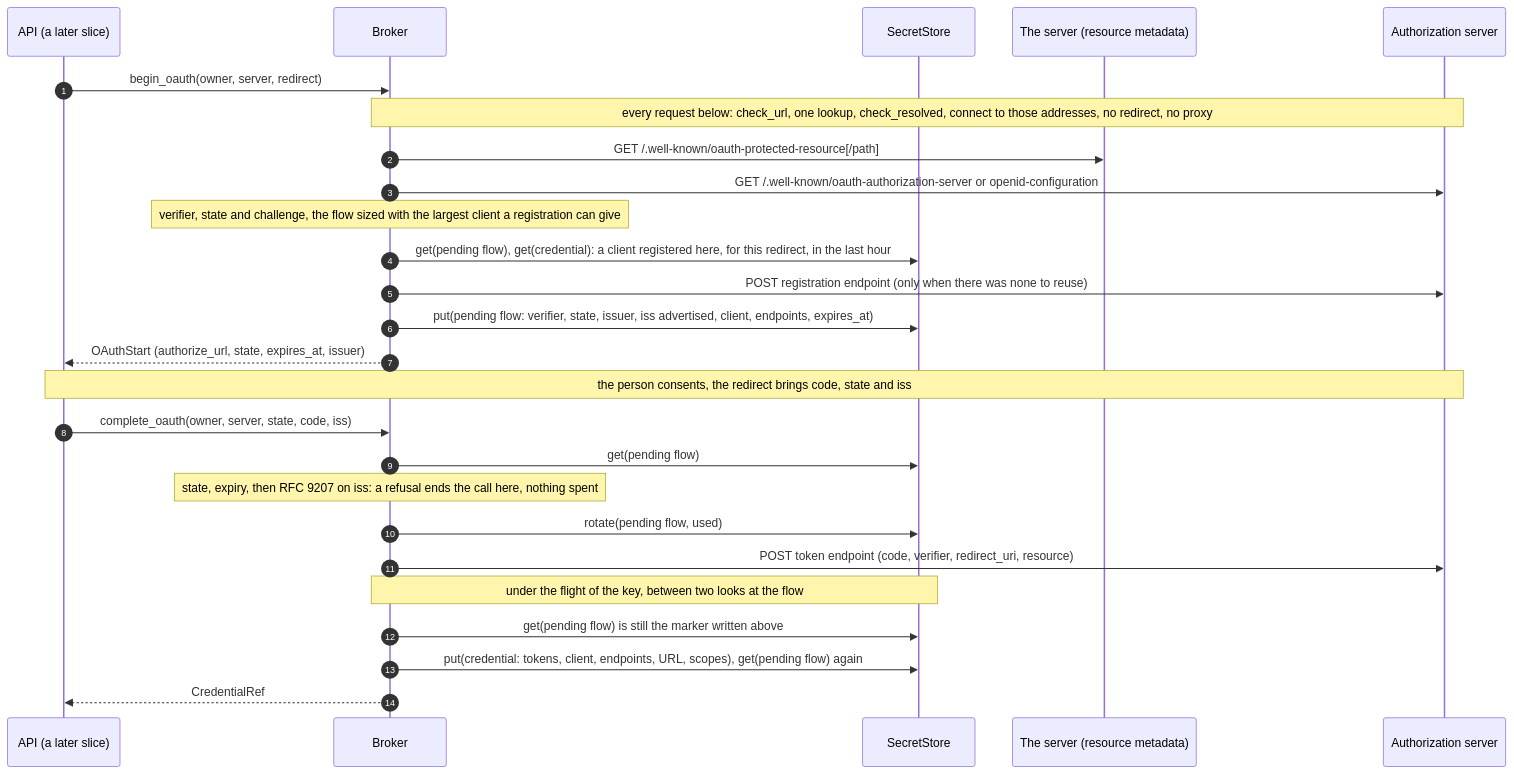
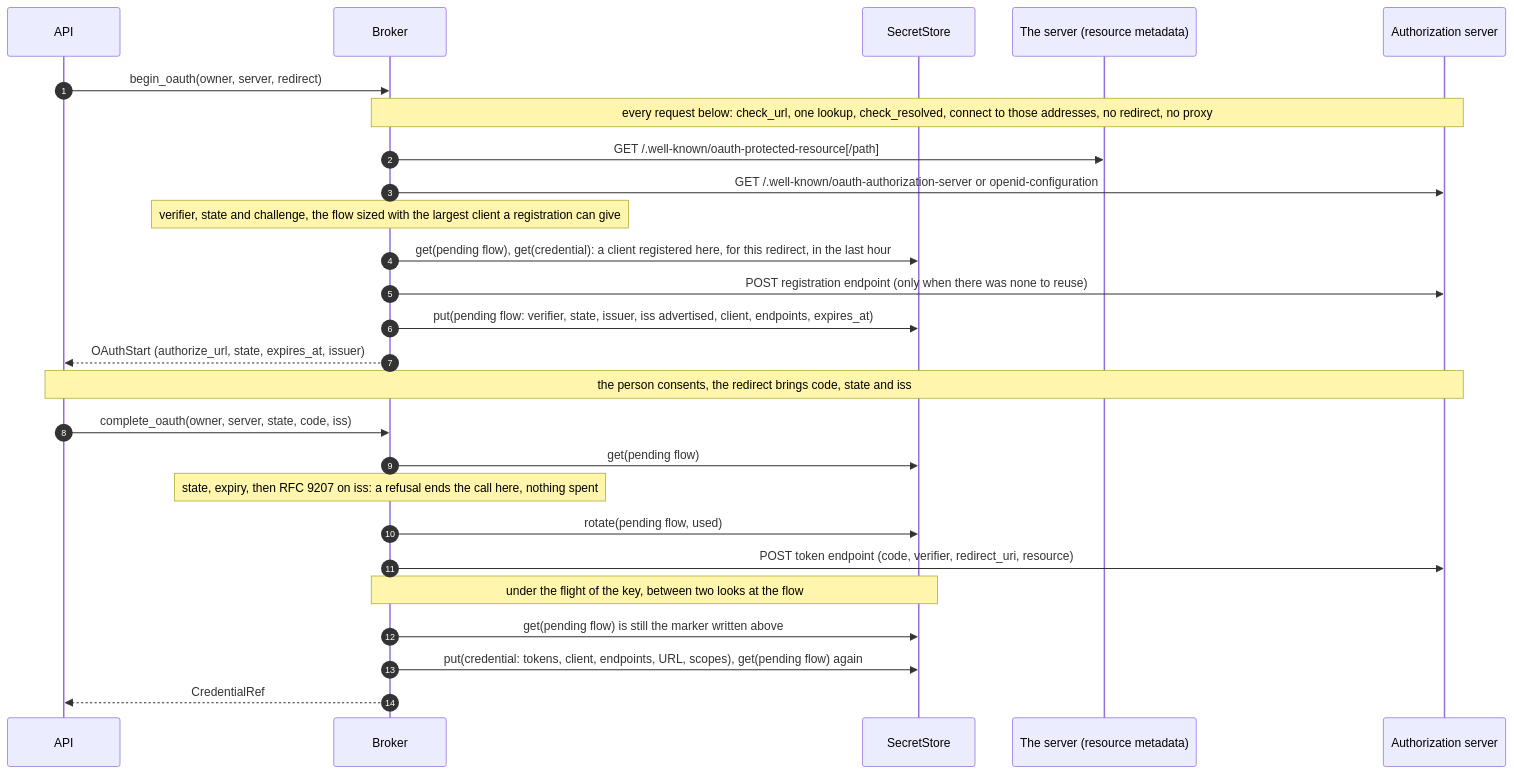
The first of 4 diagrams in orchestrator/crates/credential-broker/README.md (vymalo/another-agentic-system), drawn with Mermaid before and after one commit. The commit also changed other lines of this file and 71 other files, not shown here.

````diff
--- a/orchestrator/crates/credential-broker/README.md
+++ b/orchestrator/crates/credential-broker/README.md
@@ -56,28 +56,28 @@
 ```mermaid
 sequenceDiagram
   autonumber
-  participant API as API (a later slice)
+  participant API as API
   participant B as Broker
   participant S as SecretStore
   participant R as The server (resource metadata)
   participant A as Authorization server
   API->>B: begin_oauth(owner, server, redirect)
   Note over B,A: every request below: check_url, one lookup, check_resolved, connect to those addresses, no redirect, no proxy
   B->>R: GET /.well-known/oauth-protected-resource[/path]
   B->>A: GET /.well-known/oauth-authorization-server or openid-configuration
   Note over B: verifier, state and challenge, the flow sized with the largest client a registration can give
   B->>S: get(pending flow), get(credential): a client registered here, for this redirect, in the last hour
   B->>A: POST registration endpoint (only when there was none to reuse)
   B->>S: put(pending flow: verifier, state, issuer, iss advertised, client, endpoints, expires_at)
   B-->>API: OAuthStart (authorize_url, state, expires_at, issuer)
   Note over API,A: the person consents, the redirect brings code, state and iss
   API->>B: complete_oauth(owner, server, state, code, iss)
   B->>S: get(pending flow)
   Note over B: state, expiry, then RFC 9207 on iss: a refusal ends the call here, nothing spent
   B->>S: rotate(pending flow, used)
   B->>A: POST token endpoint (code, verifier, redirect_uri, resource)
   Note over B,S: under the flight of the key, between two looks at the flow
   B->>S: get(pending flow) is still the marker written above
   B->>S: put(credential: tokens, client, endpoints, URL, scopes), get(pending flow) again
   B-->>API: CredentialRef
 ```
````
